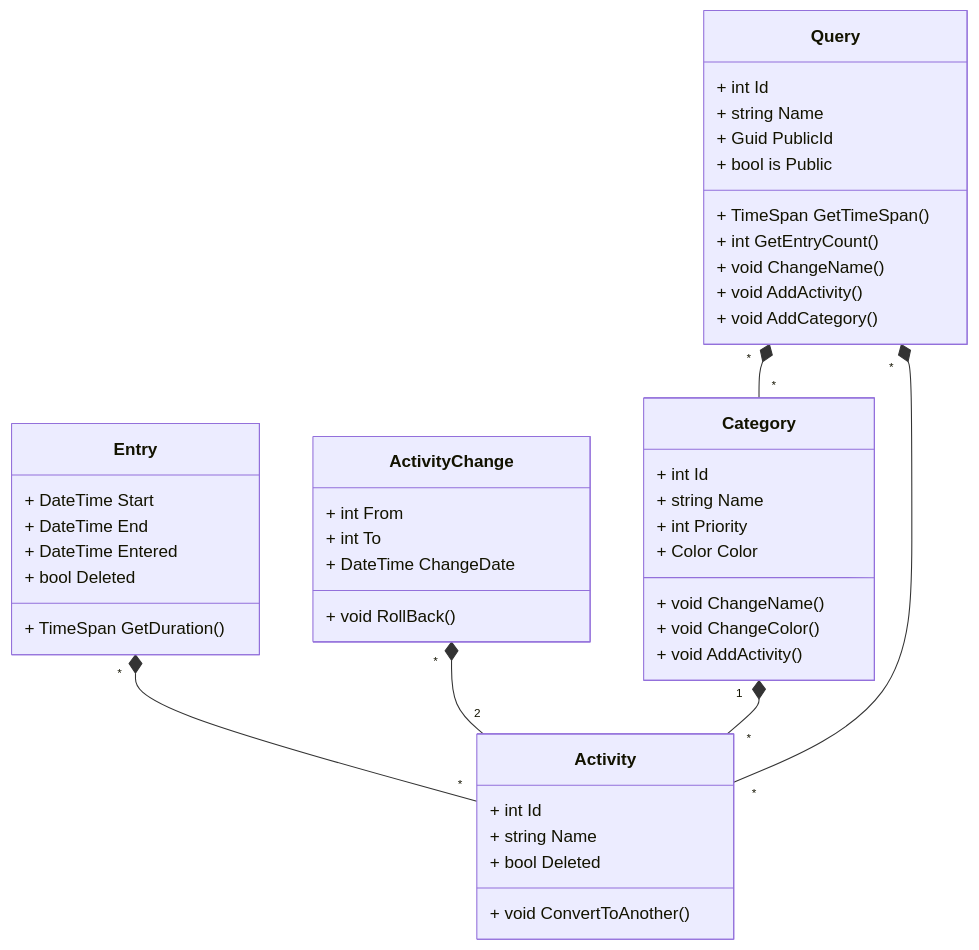
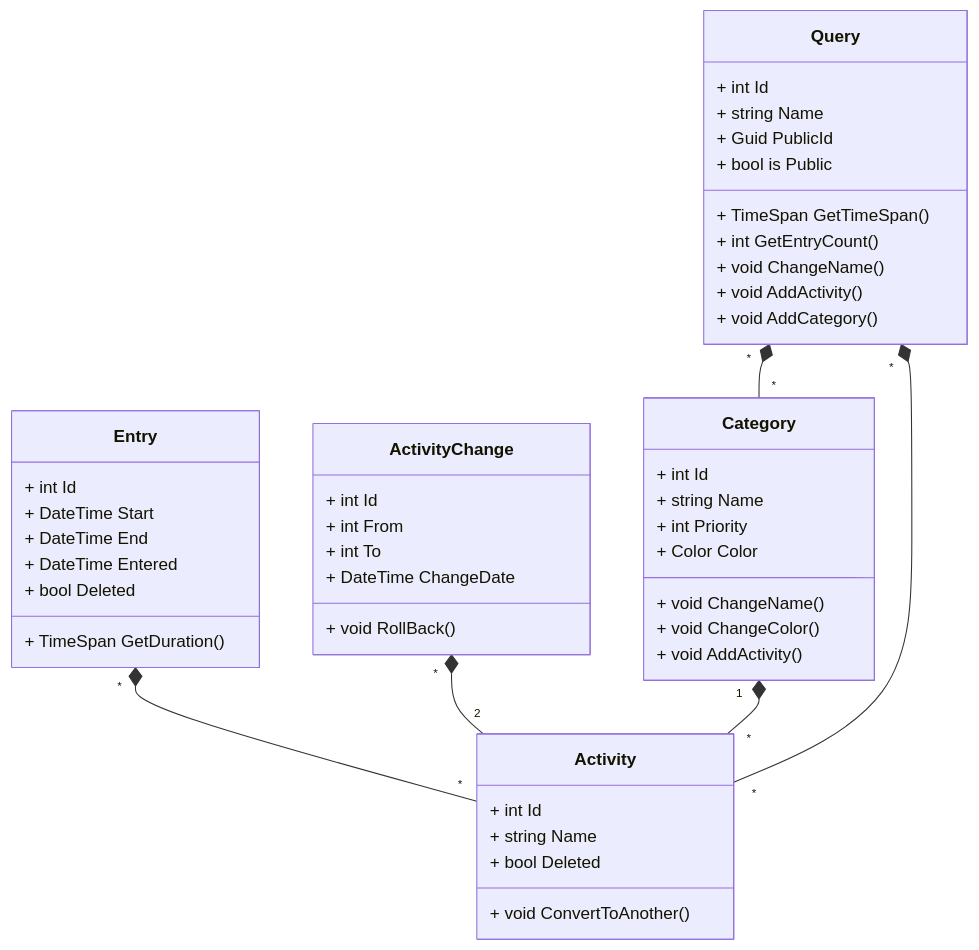
The first of 6 diagrams in Documentation/Design Analysis/Problem Domain Analysis.md (theodor349/WeeklyReview), drawn with Mermaid before and after one commit. The commit also changed other lines of this file and 28 other files, not shown here.

````diff
--- a/Documentation/Design Analysis/Problem Domain Analysis.md
+++ b/Documentation/Design Analysis/Problem Domain Analysis.md
@@ -109,48 +110,50 @@
 ```mermaid
 classDiagram
   Entry "*" *-- "*" Activity 
   ActivityChange "*" *-- "2" Activity 
   Category "1" *-- "*" Activity
   Query "*" *-- "*" Activity
   Query "*" *-- "*" Category
 
   class Entry {
+    + int Id
     + DateTime Start
     + DateTime End
     + DateTime Entered
     + bool Deleted
     + TimeSpan GetDuration()
   }
   class Activity {
     + int Id
     + string Name
     + bool Deleted
     + void ConvertToAnother()
   }
   class ActivityChange{
+    + int Id
     + int From
     + int To
     + DateTime ChangeDate
     + void RollBack()
   }
   class Category {
     + int Id
     + string Name
     + int Priority
     + Color Color
     + void ChangeName()
     + void ChangeColor()
     + void AddActivity()
   }
   class Query {
     + int Id
     + string Name
     + Guid PublicId
     + bool is Public
     + TimeSpan GetTimeSpan()
     + int GetEntryCount()
     + void ChangeName()
     + void AddActivity()
     + void AddCategory()
   }
 ```
````
